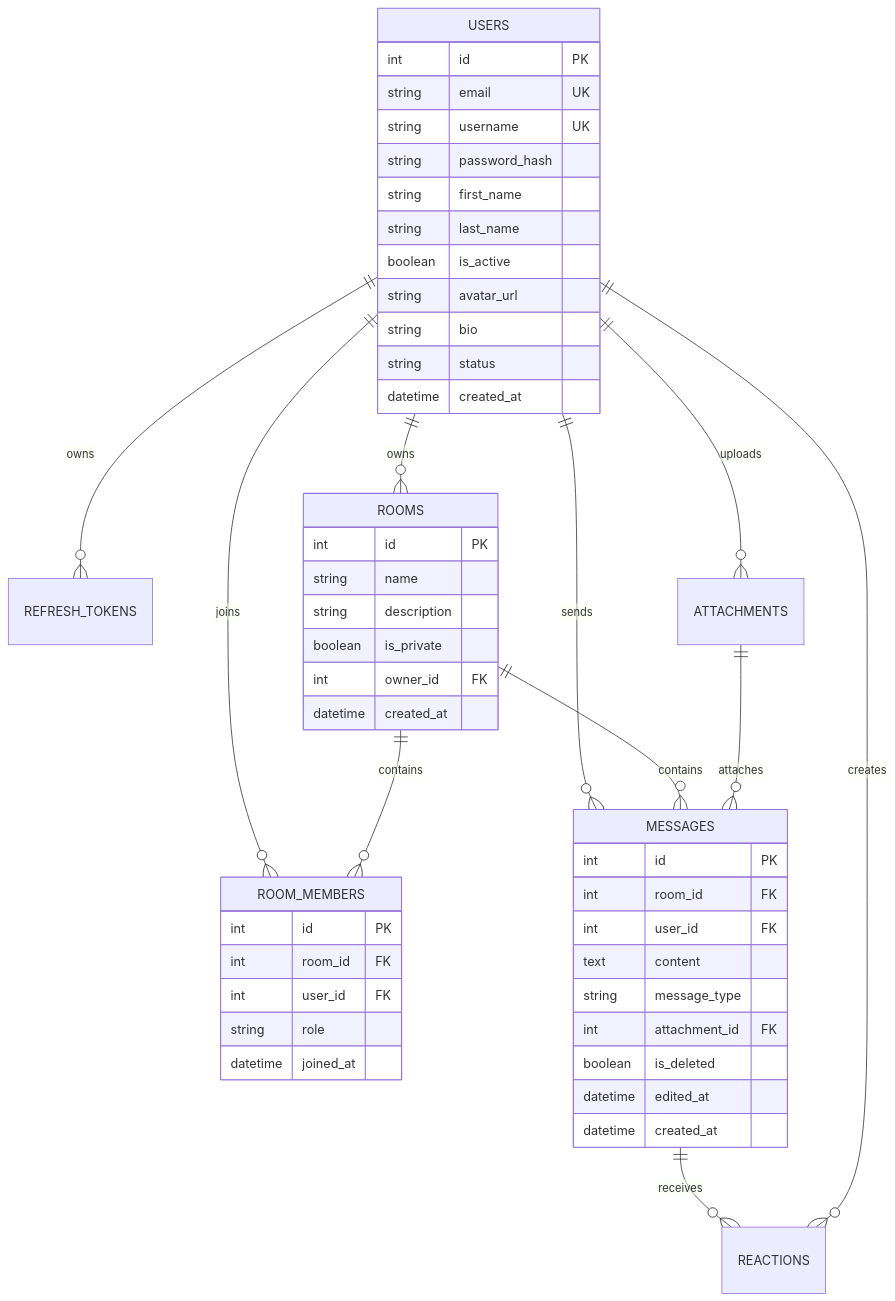
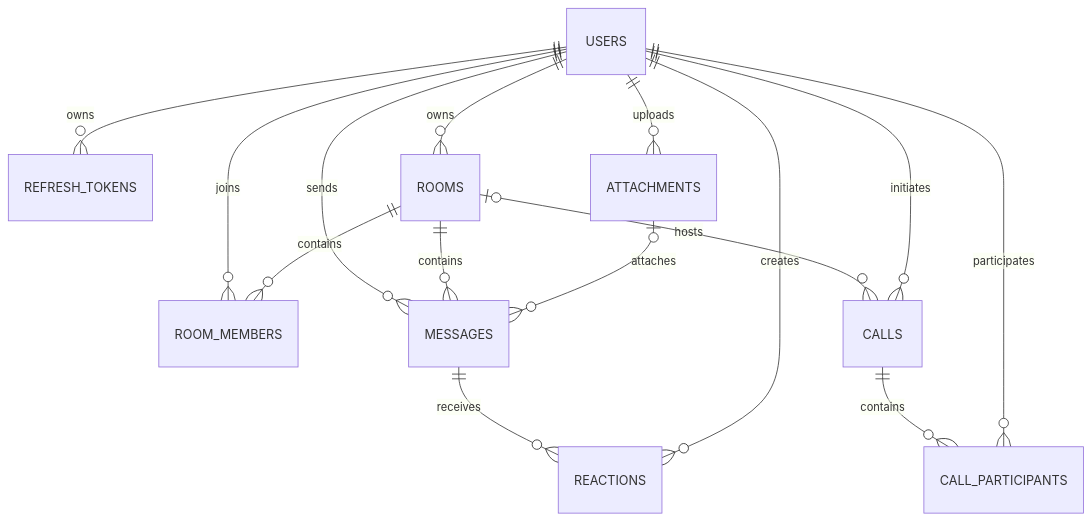
One commit to Dungx1107/team-chat changed the third of 3 diagrams in README.md. Above: the diagram before and after it, drawn with Mermaid. The commit also changed other lines of this file, not shown here.

````diff
--- a/README.md
+++ b/README.md
@@ -286,53 +316,17 @@
 ```mermaid
 erDiagram
     USERS ||--o{ REFRESH_TOKENS : owns
     USERS ||--o{ ROOMS : owns
     USERS ||--o{ ROOM_MEMBERS : joins
     ROOMS ||--o{ ROOM_MEMBERS : contains
     USERS ||--o{ MESSAGES : sends
     ROOMS ||--o{ MESSAGES : contains
     USERS ||--o{ ATTACHMENTS : uploads
-    ATTACHMENTS ||--o{ MESSAGES : attaches
+    ATTACHMENTS o|--o{ MESSAGES : attaches
     MESSAGES ||--o{ REACTIONS : receives
     USERS ||--o{ REACTIONS : creates
-
-    USERS {
-        int id PK
-        string email UK
-        string username UK
-        string password_hash
-        string first_name
-        string last_name
-        boolean is_active
-        string avatar_url
-        string bio
-        string status
-        datetime created_at
-    }
-    ROOMS {
-        int id PK
-        string name
-        string description
-        boolean is_private
-        int owner_id FK
-        datetime created_at
-    }
-    ROOM_MEMBERS {
-        int id PK
-        int room_id FK
-        int user_id FK
-        string role
-        datetime joined_at
-    }
-    MESSAGES {
-        int id PK
-        int room_id FK
-        int user_id FK
-        text content
-        string message_type
-        int attachment_id FK
-        boolean is_deleted
-        datetime edited_at
-        datetime created_at
-    }
+    ROOMS o|--o{ CALLS : hosts
+    USERS ||--o{ CALLS : initiates
+    CALLS ||--o{ CALL_PARTICIPANTS : contains
+    USERS ||--o{ CALL_PARTICIPANTS : participates
 ```
````
